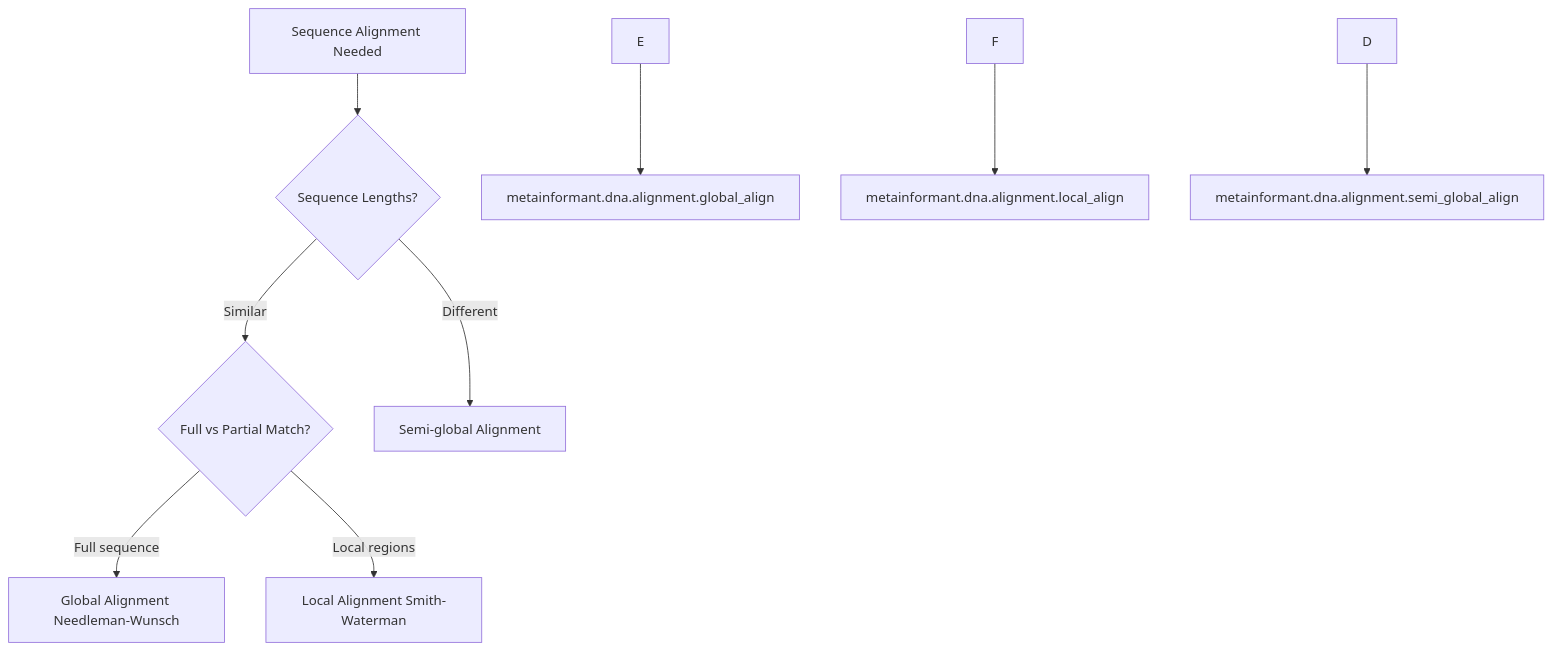
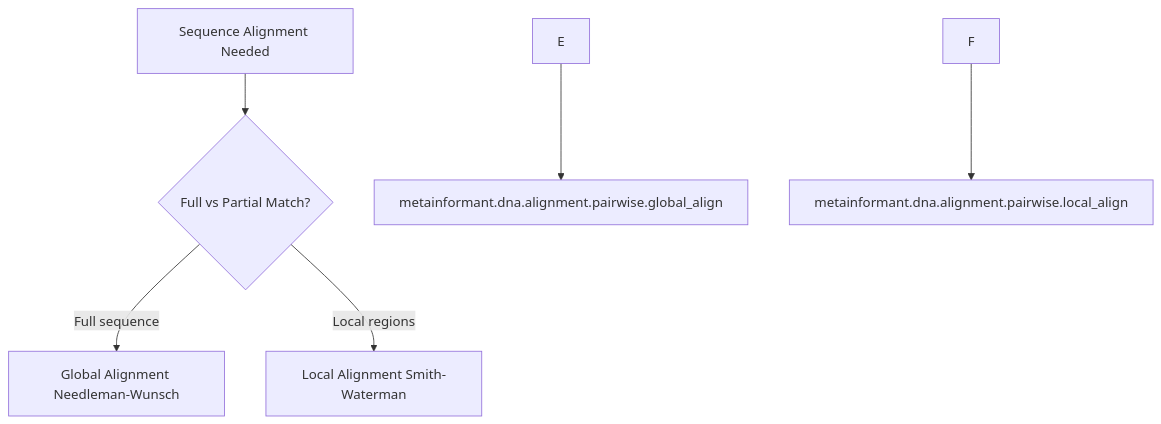
Before and after one commit to docxology/MetaInformAnt: the first of 5 diagrams in docs/COMPARISON_GUIDES.md, drawn with Mermaid. The commit also changed other lines of this file and 532 other files, not shown here.

````diff
--- a/docs/COMPARISON_GUIDES.md
+++ b/docs/COMPARISON_GUIDES.md
@@ -49,13 +48,10 @@
 ```mermaid
 graph TD
-    AsequenceAlignmentNeeded[Sequence Alignment Needed] --> B{Sequence Lengths?}
-    B -->|Similar| C{Full vs Partial Match?}
-    B -->|Different| Dsemi-globalAlignment[Semi-global Alignment]
+    AsequenceAlignmentNeeded[Sequence Alignment Needed] --> C{Full vs Partial Match?}
 
     C -->|Full sequence| EglobalAlignmentNeedleman-wunsch[Global Alignment Needleman-Wunsch]
     C -->|Local regions| FlocalAlignmentSmith-waterman[Local Alignment Smith-Waterman]
 
-    E --> Gmetainformant.dna.alignment.globalAlign[metainformant.dna.alignment.global_align]
-    F --> Hmetainformant.dna.alignment.localAlign[metainformant.dna.alignment.local_align]
-    D --> Imetainformant.dna.alignment.semiGlobalAlign[metainformant.dna.alignment.semi_global_align]
+    E --> Gmetainformant.dna.alignment.pairwise.globalAlign[metainformant.dna.alignment.pairwise.global_align]
+    F --> Hmetainformant.dna.alignment.pairwise.localAlign[metainformant.dna.alignment.pairwise.local_align]
 ```
````
